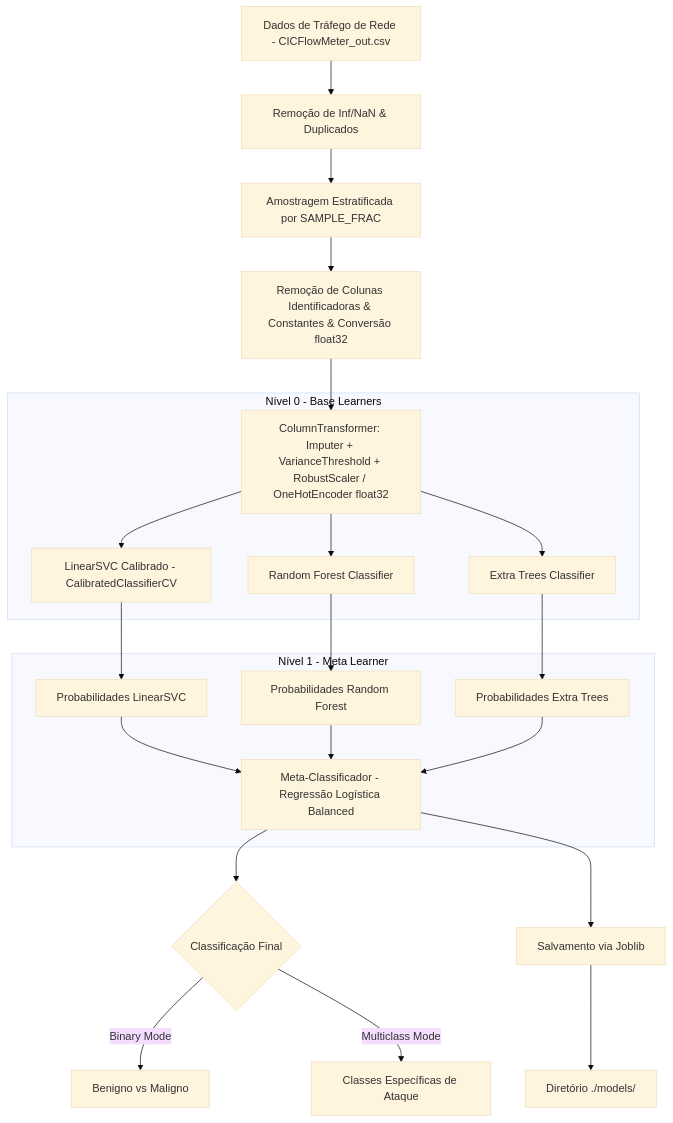
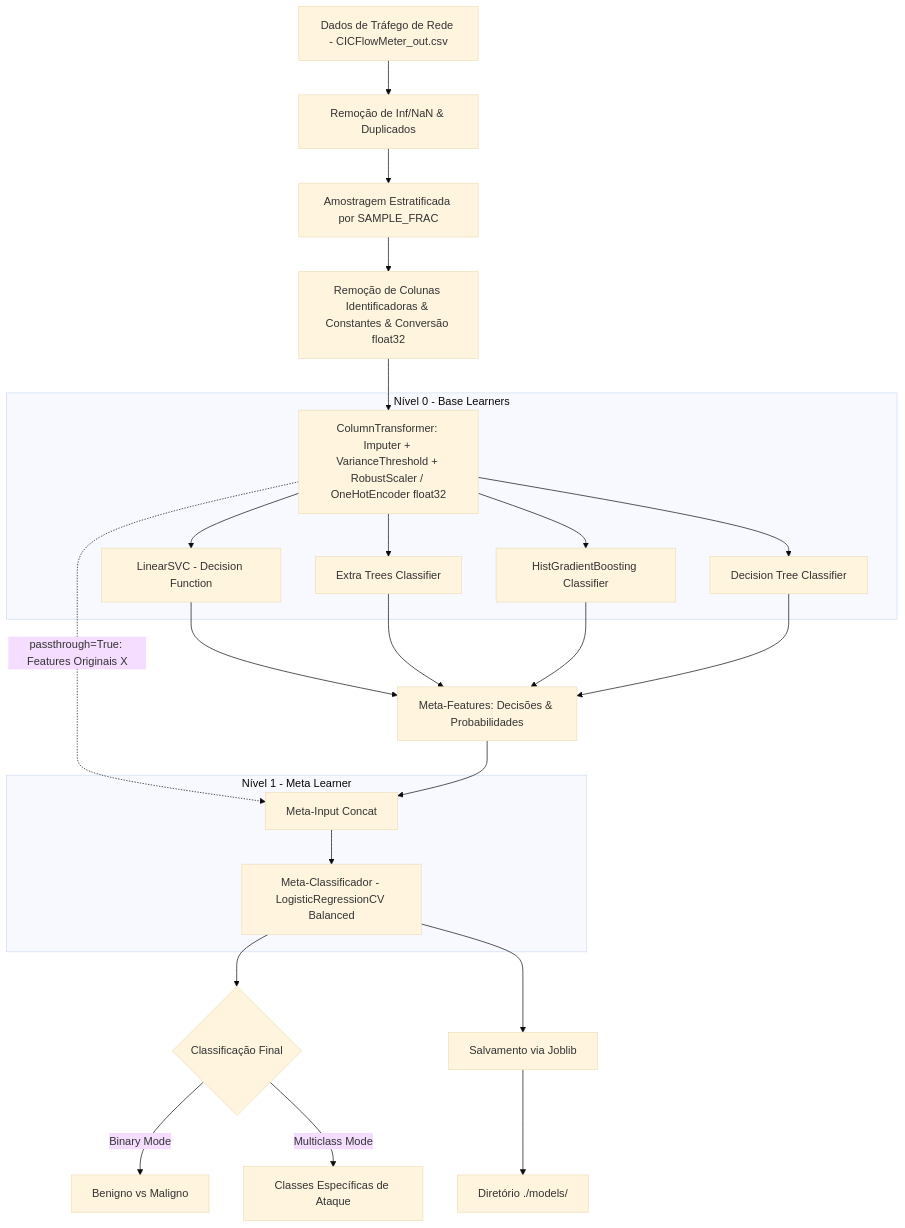
Before and after one commit to yyggrasil/AIDS: the first of 2 diagrams in specs/architecture.md, drawn with Mermaid (base theme). The commit also changed other lines of this file and 23 other files, not shown here.

````diff
--- a/specs/architecture.md
+++ b/specs/architecture.md
@@ -57,29 +60,31 @@
 ```mermaid
 flowchart TD
     A[Dados de Tráfego de Rede - CICFlowMeter_out.csv] --> B[Remoção de Inf/NaN & Duplicados]
     B --> C[Amostragem Estratificada por SAMPLE_FRAC]
     C --> D[Remoção de Colunas Identificadoras & Constantes & Conversão float32]
     D --> E[ColumnTransformer: Imputer + VarianceThreshold + RobustScaler / OneHotEncoder float32]
 
     subgraph Nível 0 - Base Learners
-        E --> F[LinearSVC Calibrado - CalibratedClassifierCV]
-        E --> G[Random Forest Classifier]
-        E --> H[Extra Trees Classifier]
+        E --> F[LinearSVC - Decision Function]
+        E --> G[Extra Trees Classifier]
+        E --> H[HistGradientBoosting Classifier]
+        E --> I[Decision Tree Classifier]
     end
 
-    F --> I[Probabilidades LinearSVC]
-    G --> J[Probabilidades Random Forest]
-    H --> K[Probabilidades Extra Trees]
+    F --> J[Meta-Features: Decisões & Probabilidades]
+    G --> J
+    H --> J
+    I --> J
+    E -.->|passthrough=True: Features Originais X| K[Meta-Input Concat]
+    J --> K
 
     subgraph Nível 1 - Meta Learner
-        I --> L[Meta-Classificador - Regressão Logística Balanced]
-        J --> L
-        K --> L
+        K --> L[Meta-Classificador - LogisticRegressionCV Balanced]
     end
 
     L --> M{Classificação Final}
     M -->|Binary Mode| N[Benigno vs Maligno]
     M -->|Multiclass Mode| O[Classes Específicas de Ataque]
 
     L --> P[Salvamento via Joblib] --> Q[Diretório ./models/]
 ```
````
